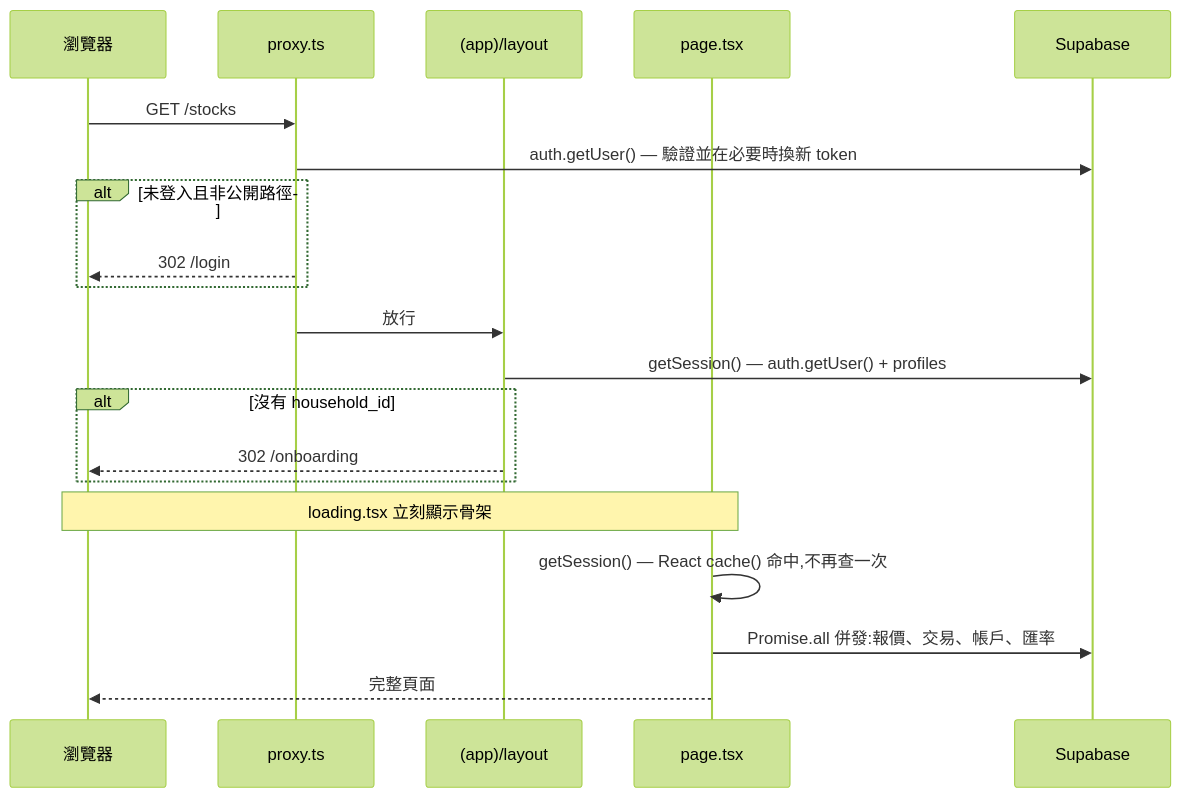
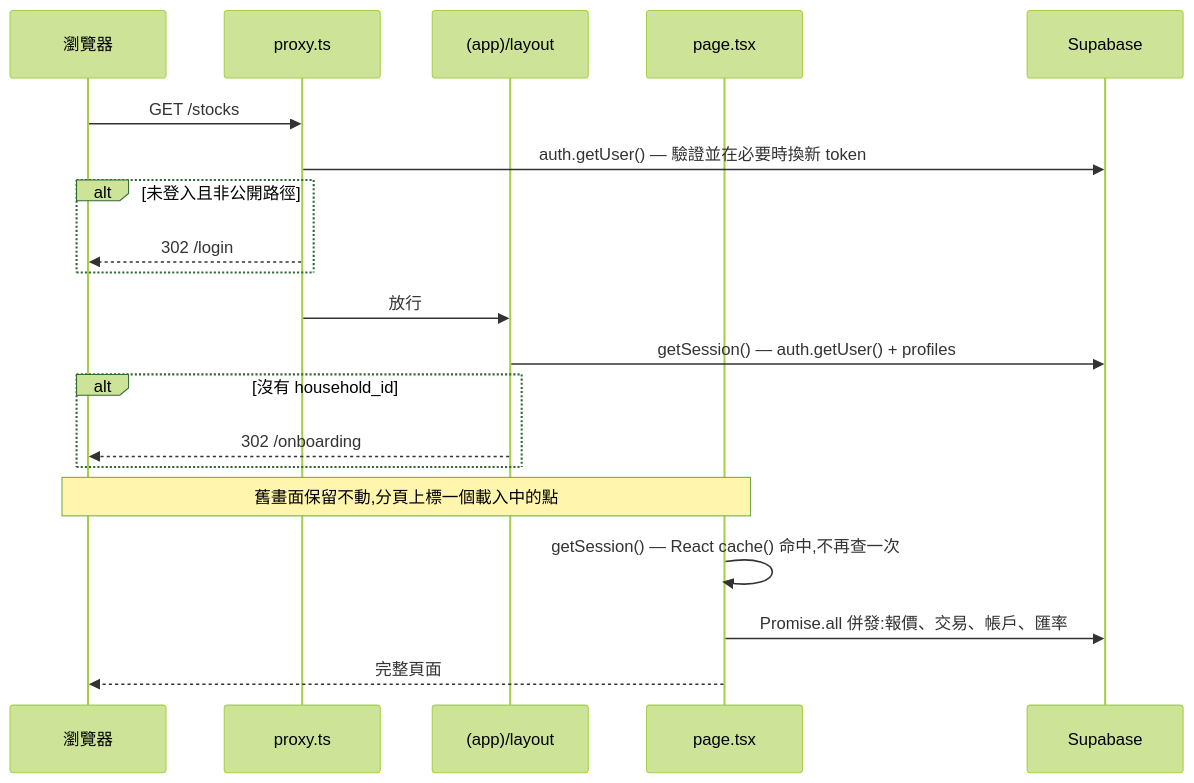
One commit to Kent6682/NetWorthy changed the fourth of 5 diagrams in docs/技術文件.md. Above: the diagram before and after it, drawn with Mermaid (forest theme). The commit also changed other lines of this file and 11 other files, not shown here.

First line of the commit message:
新增歷史回填,修正趨勢圖的永久斷崖

````diff
--- a/docs/技術文件.md
+++ b/docs/技術文件.md
@@ -155,23 +155,23 @@
 ```mermaid
 sequenceDiagram
   participant B as 瀏覽器
   participant P as proxy.ts
   participant L as (app)/layout
   participant G as page.tsx
   participant S as Supabase
 
   B->>P: GET /stocks
   P->>S: auth.getUser() — 驗證並在必要時換新 token
   alt 未登入且非公開路徑
     P-->>B: 302 /login
   end
   P->>L: 放行
   L->>S: getSession() — auth.getUser() + profiles
   alt 沒有 household_id
     L-->>B: 302 /onboarding
   end
-  Note over B,G: loading.tsx 立刻顯示骨架
+  Note over B,G: 舊畫面保留不動,分頁上標一個載入中的點
   G->>G: getSession() — React cache() 命中,不再查一次
   G->>S: Promise.all 併發:報價、交易、帳戶、匯率
   G-->>B: 完整頁面
 ```
````
